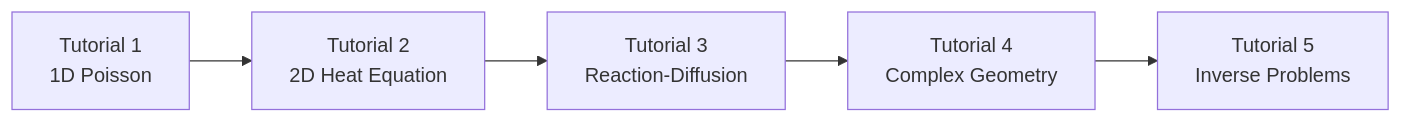
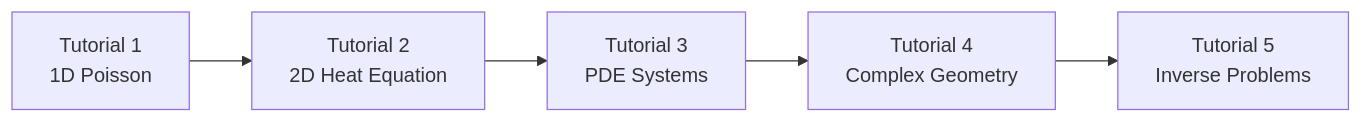
The diagram in learn/tutorial/README.md (Michael-Jackson666/deepxde-learn), drawn with Mermaid before and after one commit. The commit also changed other lines of this file and 1 other file, not shown here.

Commit message:
create system pde tutorial

````diff
--- a/learn/tutorial/README.md
+++ b/learn/tutorial/README.md
@@ -15,7 +15,7 @@
 ```mermaid
 graph LR
     A[Tutorial 1<br/>1D Poisson] --> B[Tutorial 2<br/>2D Heat Equation]
-    B --> C[Tutorial 3<br/>Reaction-Diffusion]
+    B --> C[Tutorial 3<br/>PDE Systems]
     C --> D[Tutorial 4<br/>Complex Geometry]
     D --> E[Tutorial 5<br/>Inverse Problems]
 ```
````
